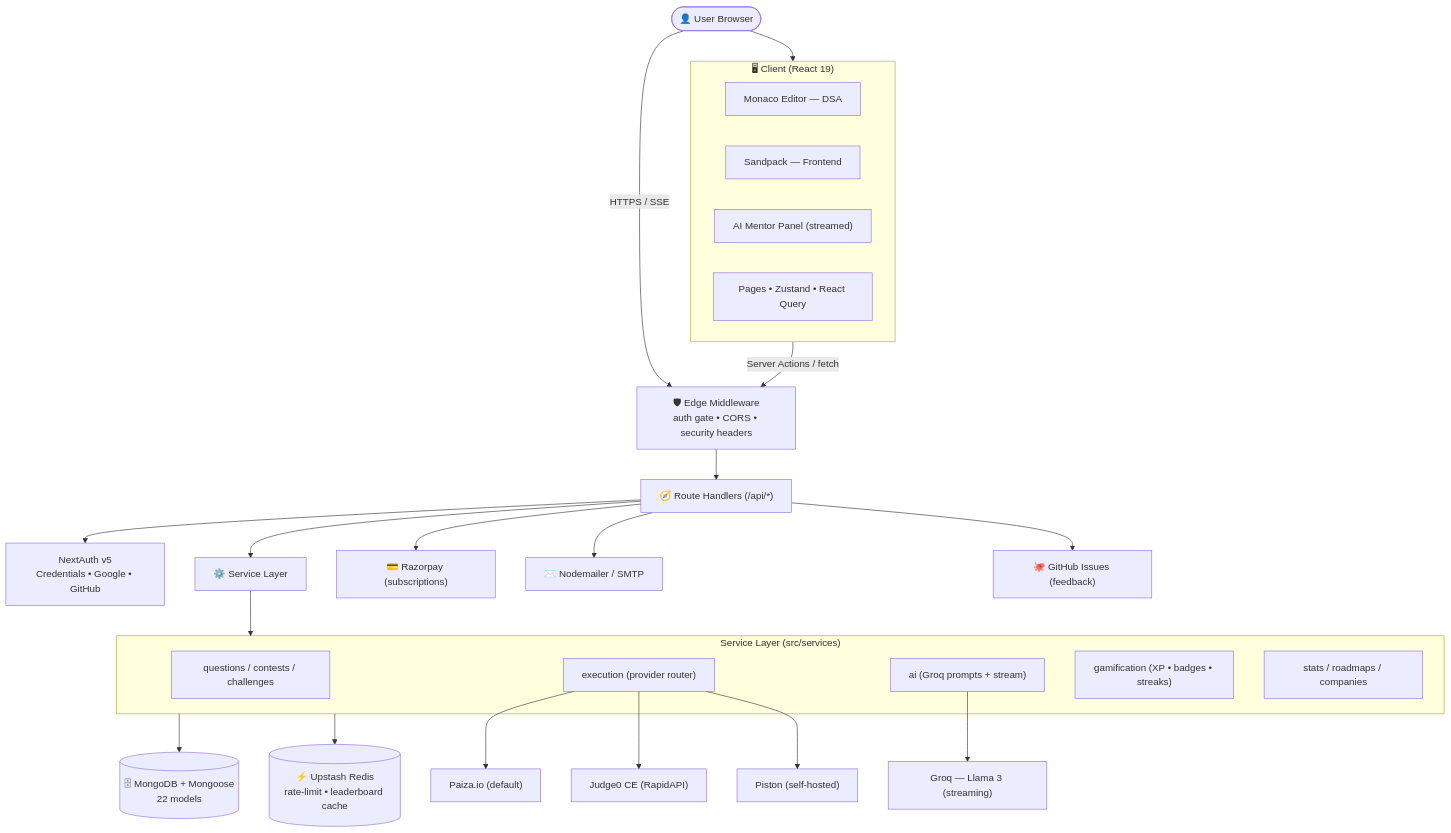
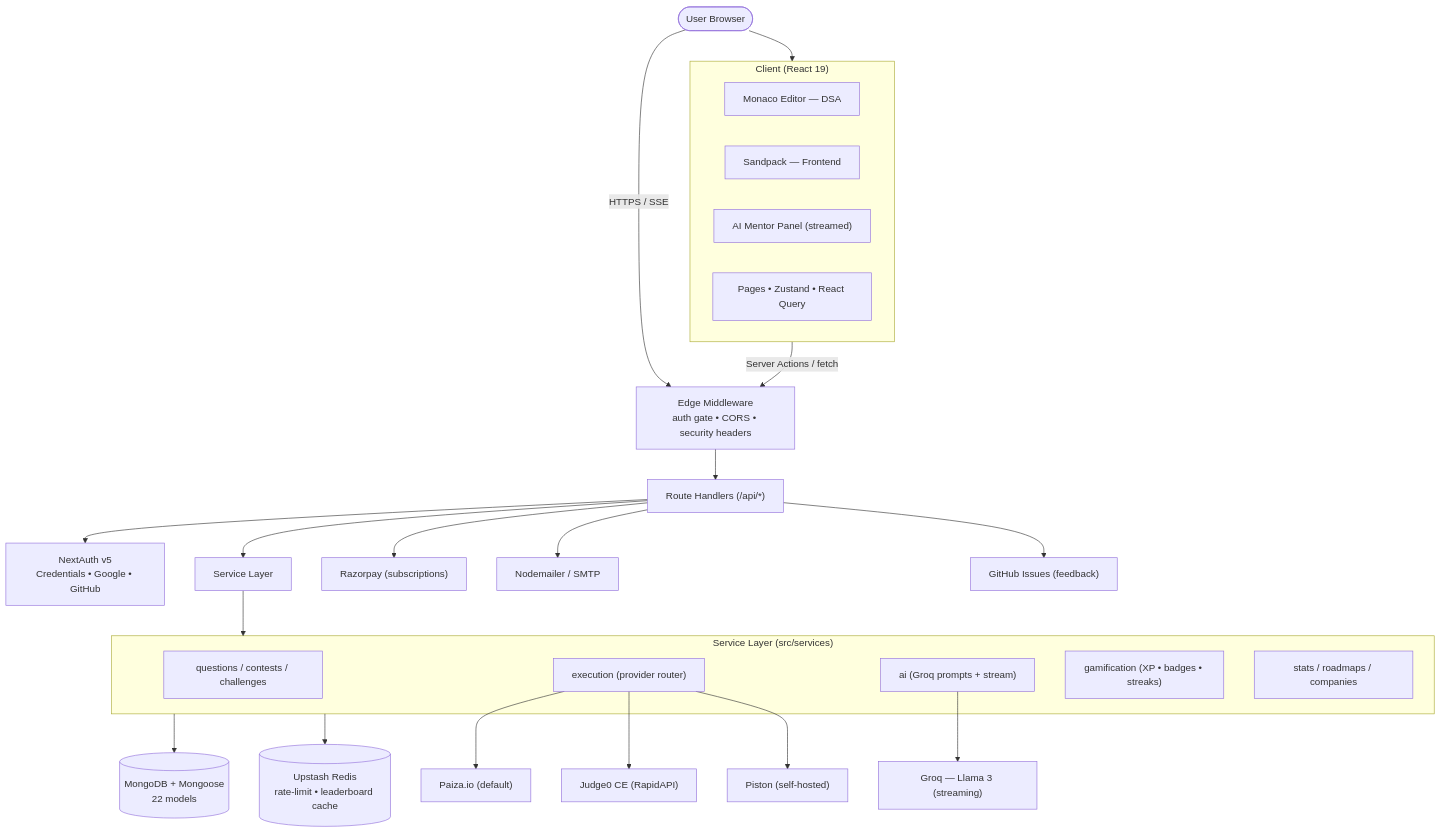
One commit to CodeForgeAI-io/Codeforge-AI changed the first of 2 diagrams in README.md. Above: the diagram before and after it, drawn with Mermaid. The commit also changed other lines of this file, not shown here.

Commit message:
Fix formatting and update section headers in README

````diff
--- a/README.md
+++ b/README.md
@@ -40,40 +40,40 @@
 ```mermaid
 graph TD
-    User(["👤 User Browser"]) -->|HTTPS / SSE| Edge
+    User(["User Browser"]) -->|HTTPS / SSE| Edge
 
-    subgraph Client ["🖥 Client (React 19)"]
+    subgraph Client ["Client (React 19)"]
         Editor["Monaco Editor — DSA"]
         Sandbox["Sandpack — Frontend"]
         AIChat["AI Mentor Panel (streamed)"]
         UI["Pages • Zustand • React Query"]
     end
     User --> Client
 
-    Edge["🛡 Edge Middleware<br/>auth gate • CORS • security headers"]
+    Edge["Edge Middleware<br/>auth gate • CORS • security headers"]
     Client -->|Server Actions / fetch| Edge
-    Edge --> Routes["🧭 Route Handlers (/api/*)"]
+    Edge --> Routes["Route Handlers (/api/*)"]
 
     Routes --> Auth["NextAuth v5<br/>Credentials • Google • GitHub"]
-    Routes --> Services["⚙️ Service Layer"]
+    Routes --> Services["Service Layer"]
 
     subgraph Services2 ["Service Layer (src/services)"]
         Q["questions / contests / challenges"]
         Exec["execution (provider router)"]
         AIsvc["ai (Groq prompts + stream)"]
         Game["gamification (XP • badges • streaks)"]
         Stats["stats / roadmaps / companies"]
     end
     Services --> Services2
 
-    Services2 --> DB[("🗄 MongoDB + Mongoose<br/>22 models")]
-    Services2 --> Redis[("⚡ Upstash Redis<br/>rate-limit • leaderboard cache")]
+    Services2 --> DB[("MongoDB + Mongoose<br/>22 models")]
+    Services2 --> Redis[("Upstash Redis<br/>rate-limit • leaderboard cache")]
 
     Exec --> Paiza["Paiza.io (default)"]
     Exec --> Judge0["Judge0 CE (RapidAPI)"]
     Exec --> Piston["Piston (self-hosted)"]
 
     AIsvc --> Groq["Groq — Llama 3 (streaming)"]
-    Routes --> Razorpay["💳 Razorpay (subscriptions)"]
-    Routes --> Mailer["✉️ Nodemailer / SMTP"]
-    Routes --> GH["🐙 GitHub Issues (feedback)"]
+    Routes --> Razorpay["Razorpay (subscriptions)"]
+    Routes --> Mailer["Nodemailer / SMTP"]
+    Routes --> GH["GitHub Issues (feedback)"]
 ```
````
